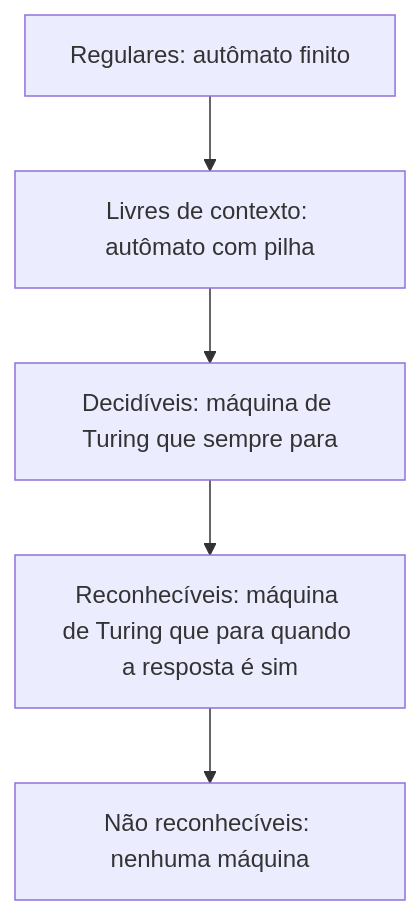
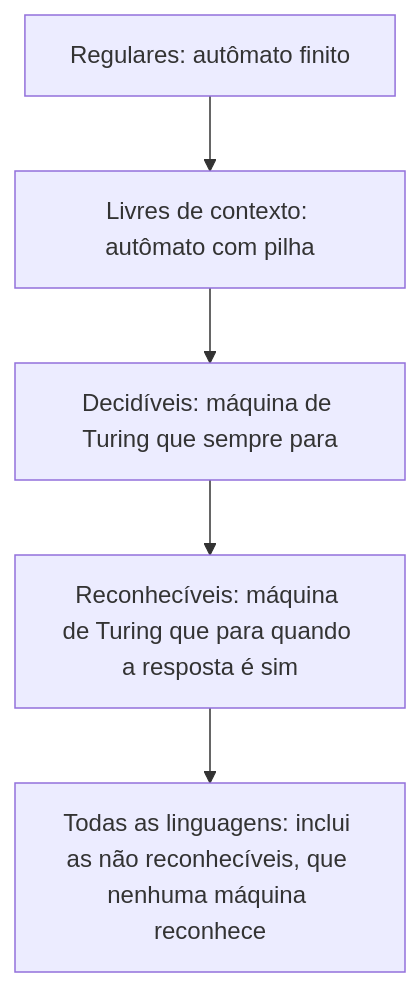
Before and after one commit to IsraelCarvalho29/sala-de-aula: the diagram in content/trilhas/07-teoria-da-computacao/TC-03-maquinas-de-turing-e-computabilidade.md, drawn with Mermaid. The commit also changed 50 other files, not shown here.

````diff
--- a/content/trilhas/07-teoria-da-computacao/TC-03-maquinas-de-turing-e-computabilidade.md
+++ b/content/trilhas/07-teoria-da-computacao/TC-03-maquinas-de-turing-e-computabilidade.md
@@ -58,7 +58,7 @@
 ```mermaid
 flowchart TD
   R[Regulares: autômato finito] --> L[Livres de contexto: autômato com pilha]
   L --> D[Decidíveis: máquina de Turing que sempre para]
   D --> RE[Reconhecíveis: máquina de Turing que para quando a resposta é sim]
-  RE --> N[Não reconhecíveis: nenhuma máquina]
+  RE --> N[Todas as linguagens: inclui as não reconhecíveis, que nenhuma máquina reconhece]
 ```
````
